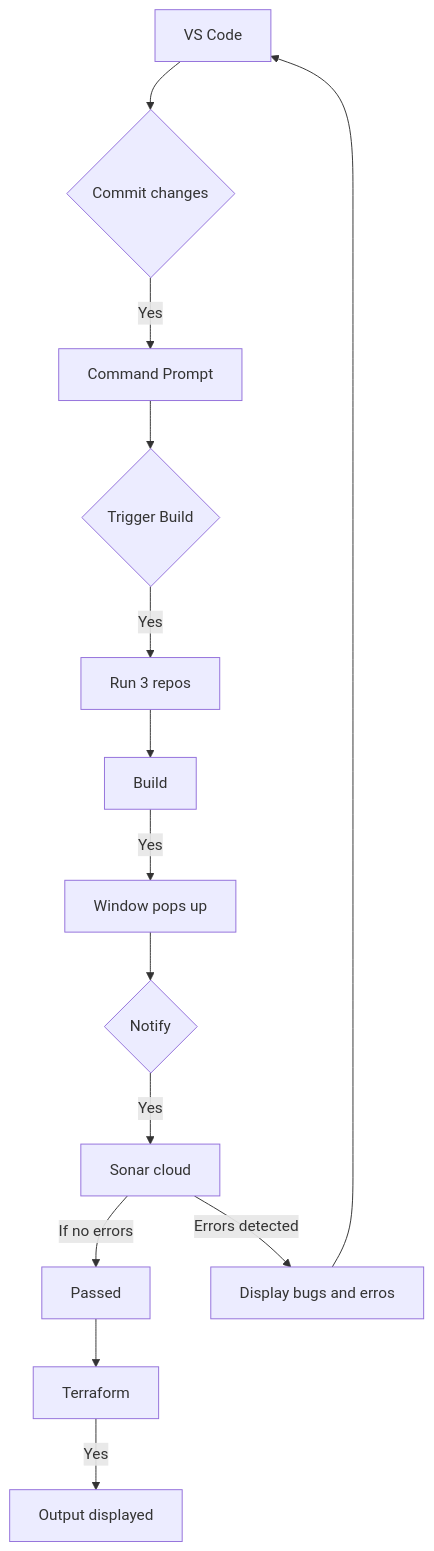
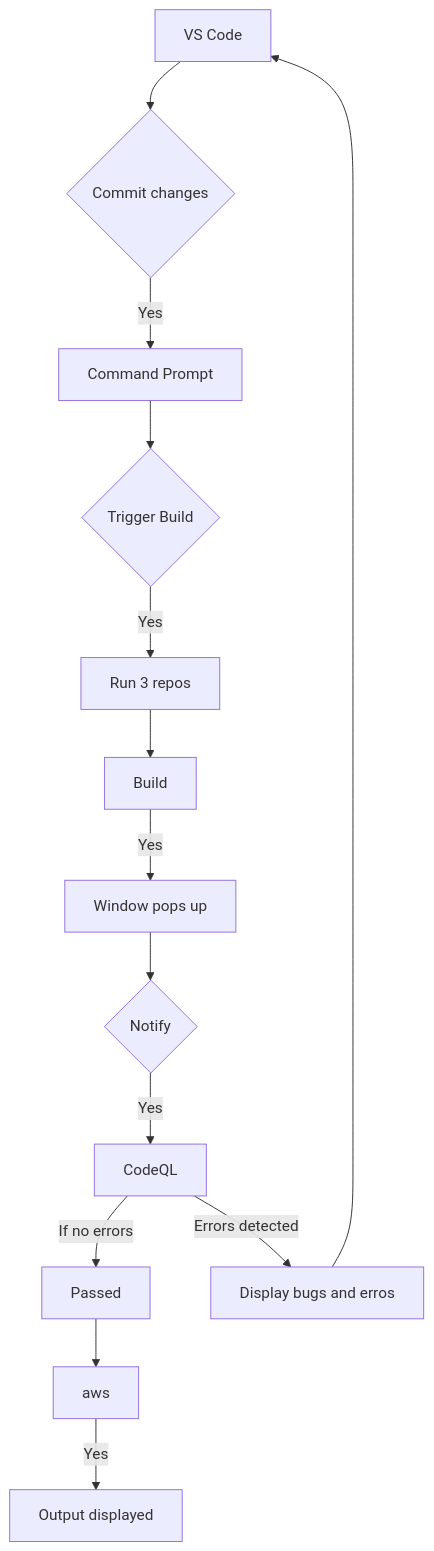
The diagram in README.md (PD-NET/test), drawn with Mermaid before and after one commit. The commit also changed other lines of this file, not shown here.

````diff
--- a/README.md
+++ b/README.md
@@ -28,16 +25,16 @@
  ```mermaid
   graph TD;
       A[VS Code]-->B{Commit changes};
       B-->|Yes| C[Command Prompt];
      C-->D{Trigger Build};
      D-->|Yes| E[Run 3 repos];
     E--> F[Build];
   F-->|Yes| G[Window pops up];
 G--> H{Notify};
-  H-->|Yes| I[Sonar cloud];
+  H-->|Yes| I[CodeQL];
 I-->|If no errors| J[Passed];
 I-->|Errors detected| K[Display bugs and erros];
-J-->L[Terraform];
+J-->L[aws];
 L-->|Yes| M[Output displayed];
 K--> A;
 ```
````
